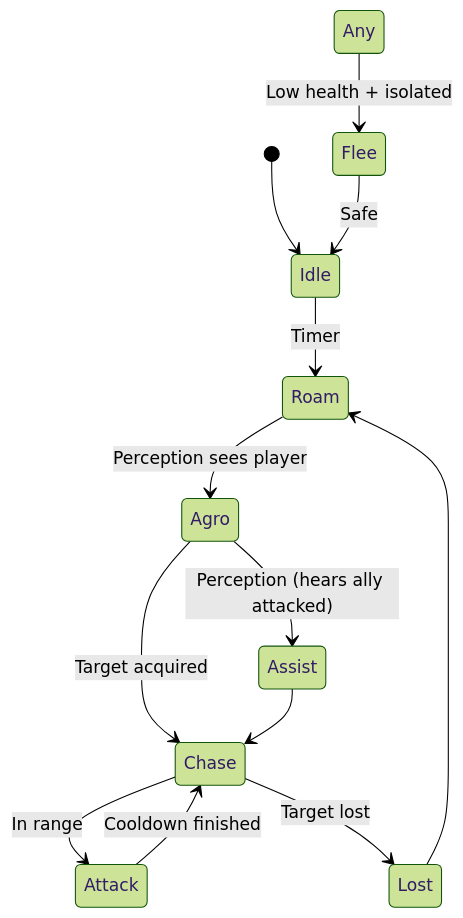
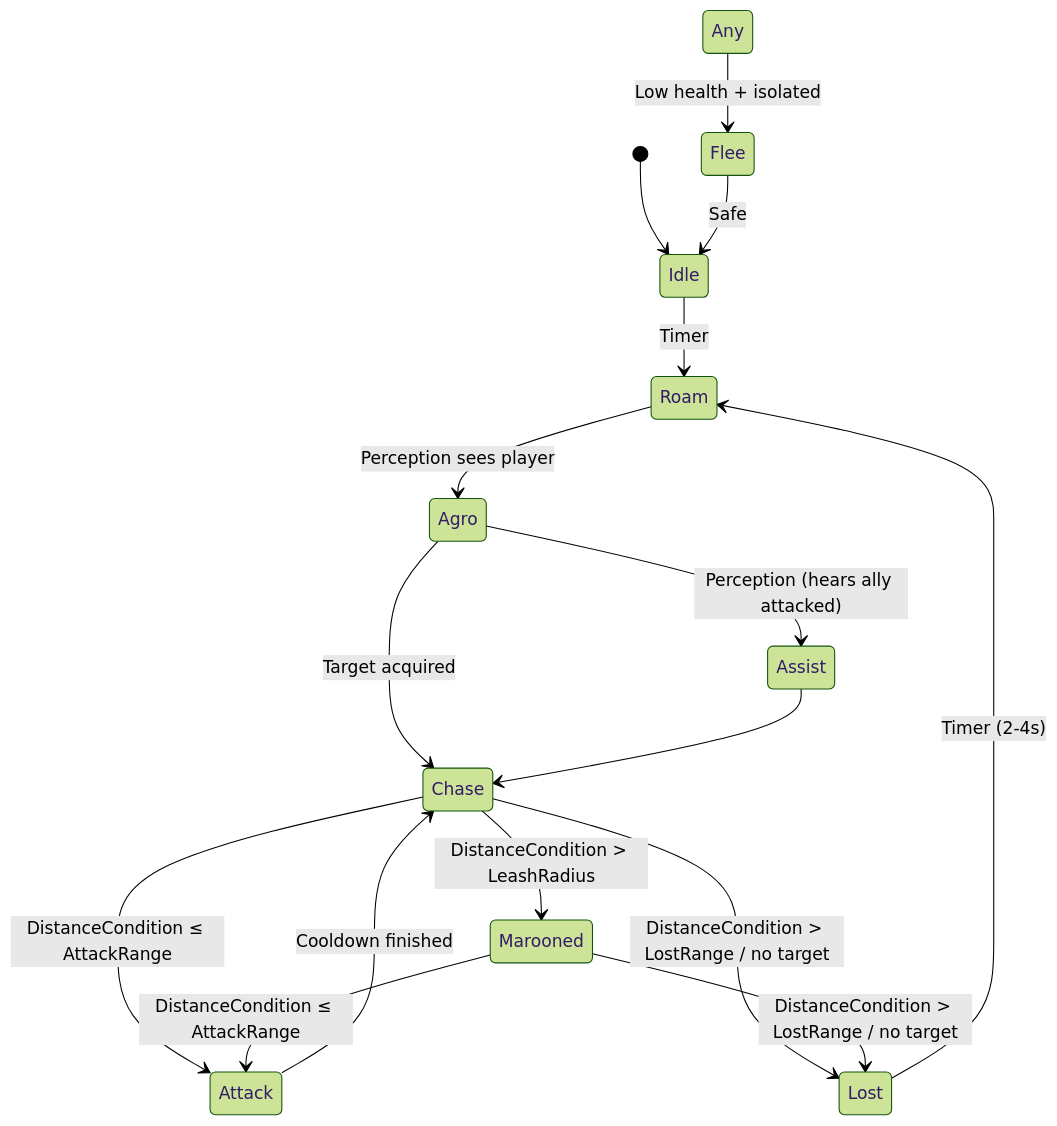
The first of 2 diagrams in Docs/AI/NPC_AI_System.md (maximoh-mmo/PortfolioTutorial), drawn with Mermaid (forest theme) before and after one commit. The commit also changed other lines of this file and 20 other files, not shown here.

````diff
--- a/Docs/AI/NPC_AI_System.md
+++ b/Docs/AI/NPC_AI_System.md
@@ -110,18 +124,22 @@
 ```mermaid
 stateDiagram-v2
     [*] --> Idle
 
     Idle --> Roam: Timer
     Roam --> Agro: Perception sees player
     Agro --> Chase: Target acquired
-    Chase --> Attack: In range
+    Chase --> Attack: DistanceCondition ≤ AttackRange
     Attack --> Chase: Cooldown finished
-    Chase --> Lost: Target lost
-    Lost --> Roam
+    Chase --> Lost: DistanceCondition > LostRange / no target
+    Lost --> Roam: Timer (2-4s)
+
+    Chase --> Marooned: DistanceCondition > LeashRadius
+    Marooned --> Attack: DistanceCondition ≤ AttackRange
+    Marooned --> Lost: DistanceCondition > LostRange / no target
 
     Agro --> Assist: Perception (hears ally attacked)  
     Assist --> Chase
 
     Any --> Flee: Low health + isolated
     Flee --> Idle: Safe
 ```
````
